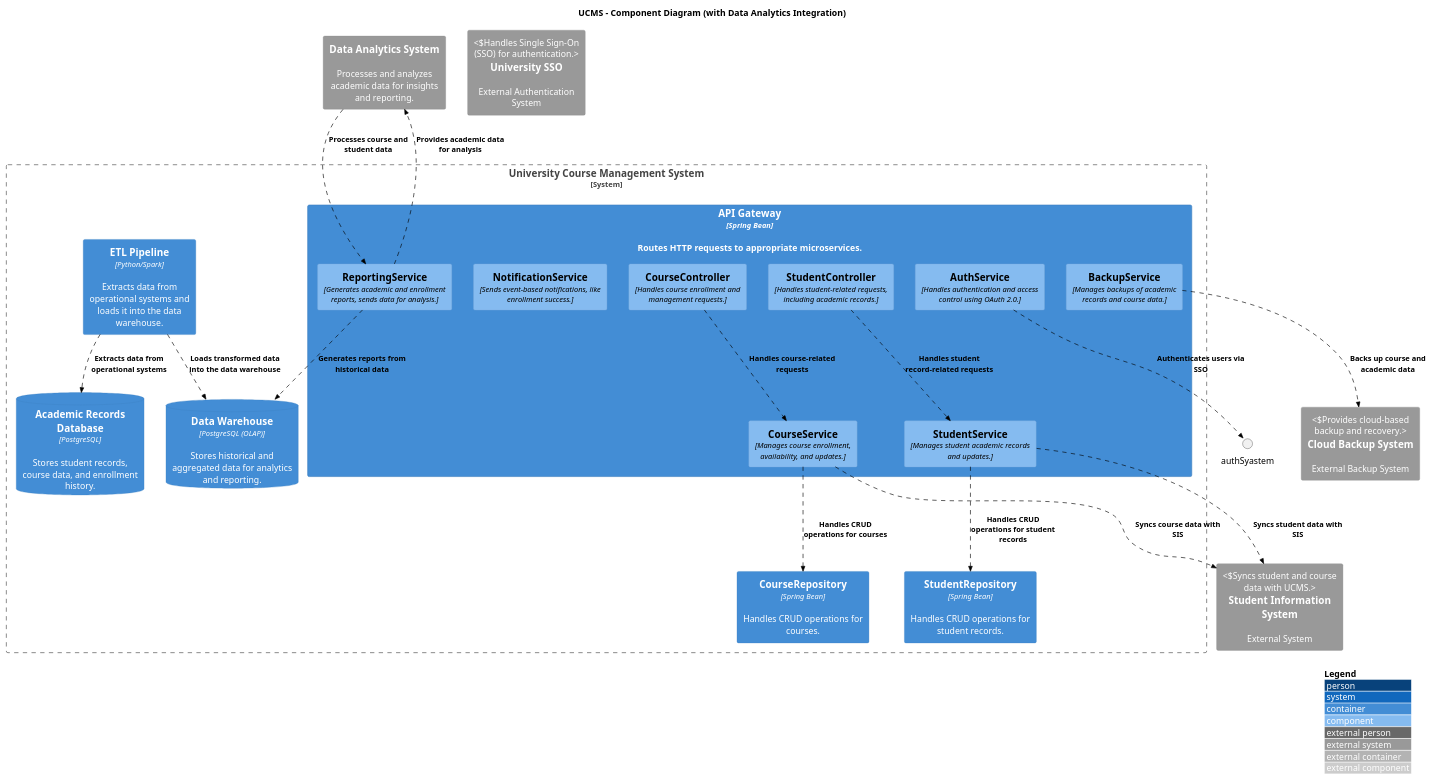
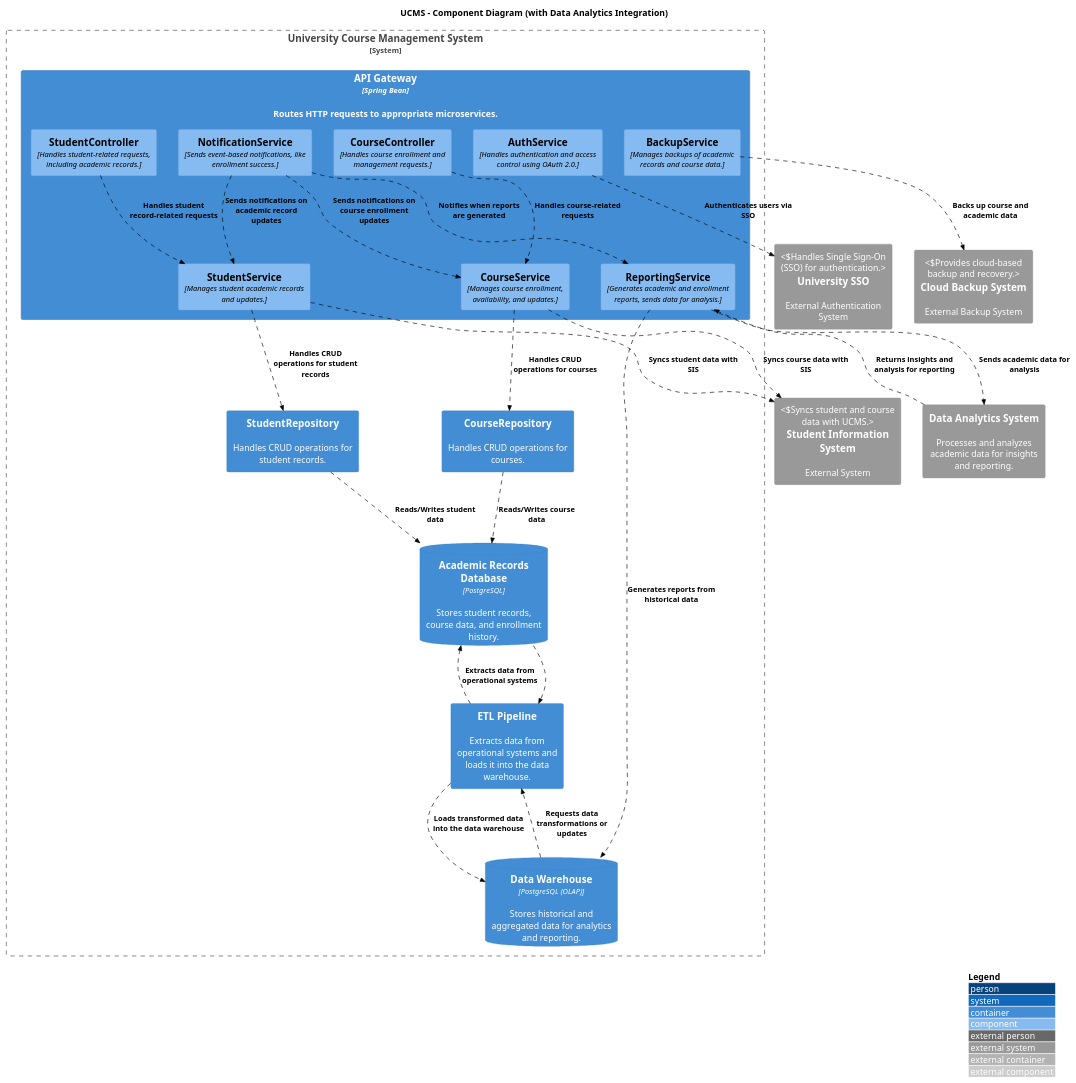
One commit to Mukundks2004/SoftwareArchC4Group changed the diagram in Final_Component.puml. Above: the diagram before and after it, drawn with PlantUML. The commit also changed 8 other files, not shown here.

```diff
--- a/Final_Component.puml
+++ b/Final_Component.puml
@@ -1,63 +1,76 @@
 @startuml UCMS_Component_Diagram
 !include https://raw.githubusercontent.com/plantuml-stdlib/C4-PlantUML/master/C4_Component.puml
 AddRelTag("sync", $textColor="black", $lineColor="black", $lineStyle = DashedLine())
 
 LAYOUT_WITH_LEGEND()
 
 title UCMS - Component Diagram (with Data Analytics Integration)
 
 ' Define main system boundary for UCMS
 System_Boundary(UCMS, "University Course Management System") {
 
     ' API Gateway
     Container(apiGateway, "API Gateway", "Spring Bean", "Routes HTTP requests to appropriate microservices.") {
         
         ' Controllers
         Component(courseController, "CourseController", "Handles course enrollment and management requests.")
         Component(studentController, "StudentController", "Handles student-related requests, including academic records.")
 
         ' Services
         Component(courseService, "CourseService", "Manages course enrollment, availability, and updates.")
         Component(studentService, "StudentService", "Manages student academic records and updates.")
         Component(reportingService, "ReportingService", "Generates academic and enrollment reports, sends data for analysis.")
         Component(authService, "AuthService", "Handles authentication and access control using OAuth 2.0.")
         Component(notificationService, "NotificationService", "Sends event-based notifications, like enrollment success.")
         Component(backupService, "BackupService", "Manages backups of academic records and course data.")
     }
 
     ' Repositories
-    Container(courseRepository, "CourseRepository", "Spring Bean", "Handles CRUD operations for courses.")
-    Container(studentRepository, "StudentRepository", "Spring Bean", "Handles CRUD operations for student records.")
+    Container(courseRepository, "CourseRepository", "", "Handles CRUD operations for courses.")
+    Container(studentRepository, "StudentRepository", "", "Handles CRUD operations for student records.")
 
     ' Data Pipeline and Storage
-    Container(etlPipeline, "ETL Pipeline", "Python/Spark", "Extracts data from operational systems and loads it into the data warehouse.")
+    Container(etlPipeline, "ETL Pipeline", "", "Extracts data from operational systems and loads it into the data warehouse.")
     ContainerDb(academicDb, "Academic Records Database", "PostgreSQL", "Stores student records, course data, and enrollment history.")
     ContainerDb(dataWarehouse, "Data Warehouse", "PostgreSQL (OLAP)", "Stores historical and aggregated data for analytics and reporting.")
 }
 
 ' Define External Systems
 System_Ext(SIS, "Student Information System", "External System", "Syncs student and course data with UCMS.")
 System_Ext(authSystem, "University SSO", "External Authentication System", "Handles Single Sign-On (SSO) for authentication.")
 System_Ext(backupSystem, "Cloud Backup System", "External Backup System", "Provides cloud-based backup and recovery.")
 System_Ext(dataAnalytics, "Data Analytics System", "Processes and analyzes academic data for insights and reporting.")
 
 ' Relationships between components
 Rel(courseController, courseService, "Handles course-related requests", $tags="sync")
 Rel(studentController, studentService, "Handles student record-related requests", $tags="sync")
 Rel(courseService, courseRepository, "Handles CRUD operations for courses", $tags="sync")
 Rel(studentService, studentRepository, "Handles CRUD operations for student records", $tags="sync")
 Rel(reportingService, dataWarehouse, "Generates reports from historical data", $tags="sync")
+
+Rel(academicDb, etlPipeline, "", $tags="sync")
 Rel(etlPipeline, academicDb, "Extracts data from operational systems", $tags="sync")
 Rel(etlPipeline, dataWarehouse, "Loads transformed data into the data warehouse", $tags="sync")
+Rel(dataWarehouse, etlPipeline, "Requests data transformations or updates", $tags="sync")
 
 ' External system interactions
-Rel(authService, authSyastem, "Authenticates users via SSO", $tags="sync")
+Rel(authService, authSystem, "Authenticates users via SSO", $tags="sync")
 Rel(backupService, backupSystem, "Backs up course and academic data", $tags="sync")
-Rel(reportingService, dataAnalytics, "Provides academic data for analysis", $tags="sync")
-Rel(dataAnalytics, reportingService, "Processes course and student data", $tags="sync")
+Rel(reportingService, dataAnalytics, "Sends academic data for analysis", $tags="sync")
+Rel(dataAnalytics, reportingService, "Returns insights and analysis for reporting", $tags="sync")
 
 ' Relationships with SIS
 Rel(courseService, SIS, "Syncs course data with SIS", $tags="sync")
 Rel(studentService, SIS, "Syncs student data with SIS", $tags="sync")
 
+' Notification Service relations
+
+Rel(notificationService, reportingService, "Notifies when reports are generated", $tags="sync")
+Rel(notificationService, studentService, "Sends notifications on academic record updates", $tags="sync")
+Rel(notificationService, courseService, "Sends notifications on course enrollment updates", $tags="sync")
+
+Rel(courseRepository, academicDb, "Reads/Writes course data", $tags="sync")
+Rel(studentRepository, academicDb, "Reads/Writes student data", $tags="sync")
+
+
 @enduml
```
